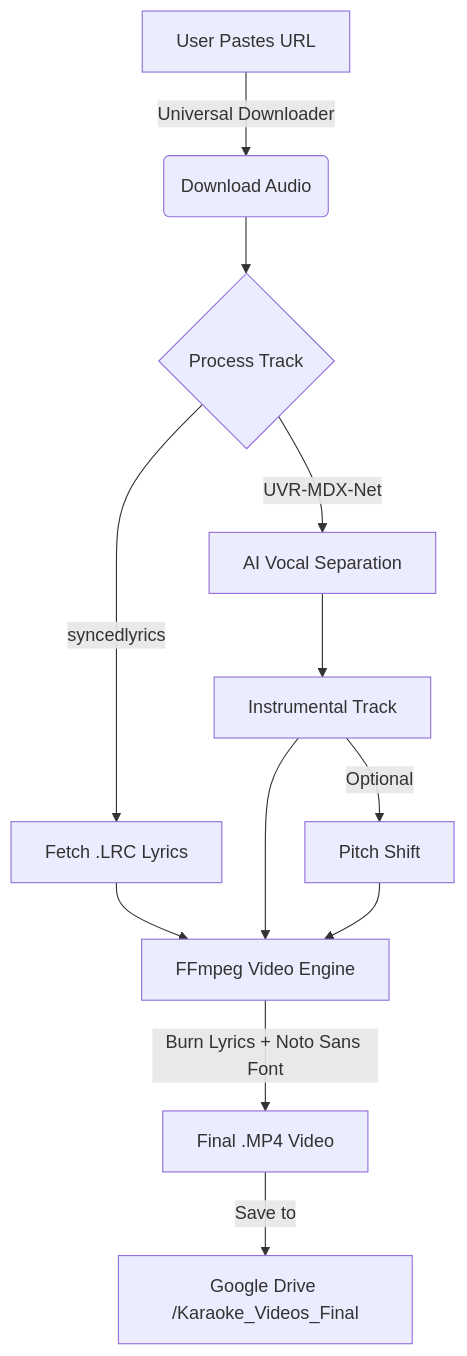
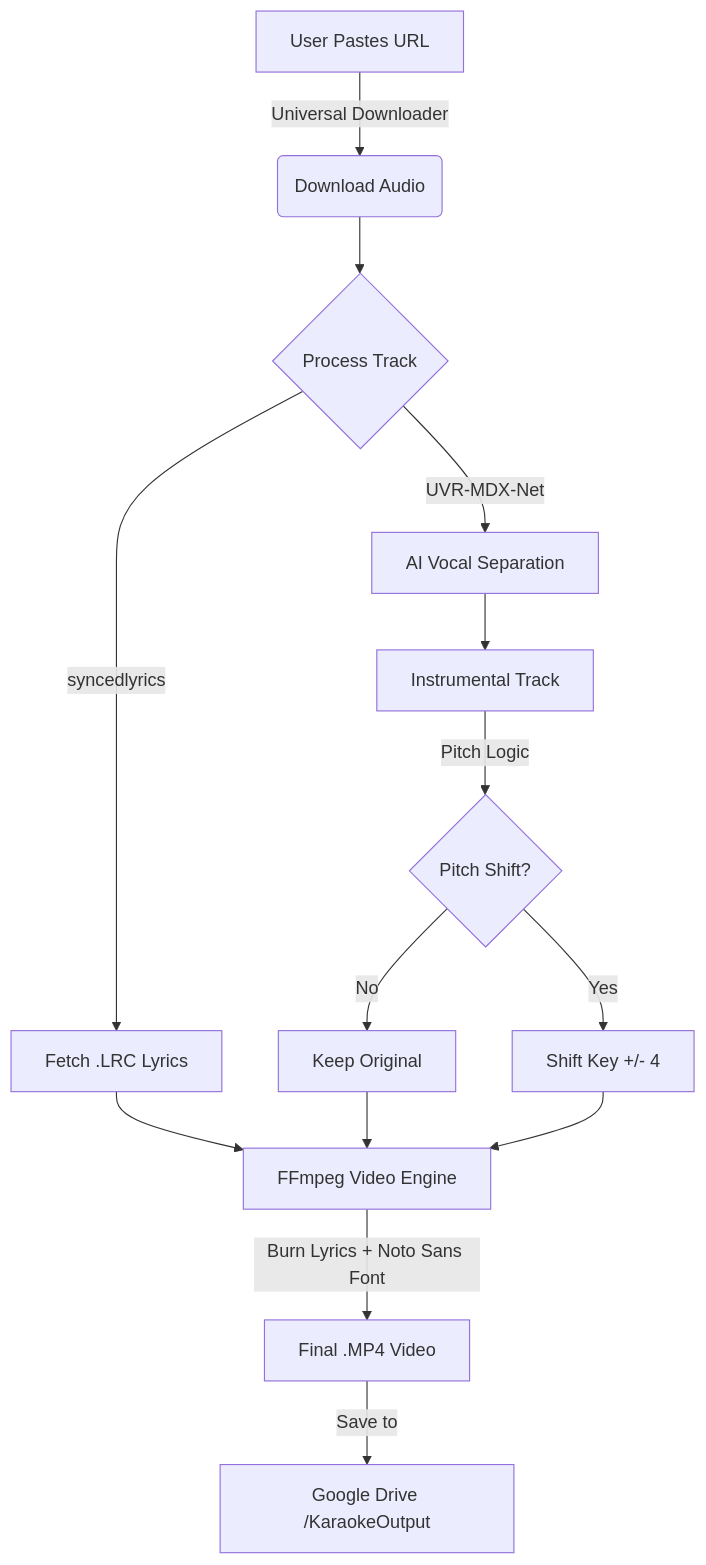
One commit to vg2601/Karaoke-Cloud changed the diagram in README.md. Above: the diagram before and after it, drawn with Mermaid. The commit also changed other lines of this file and 3 other files, not shown here.

````diff
--- a/README.md
+++ b/README.md
@@ -41,21 +87,23 @@
 ```mermaid
 graph TD
     %% Input Stage
     A[User Pastes URL] -->|Universal Downloader| B(Download Audio)
     B --> C{Process Track}
     
     %% AI Processing
     C -->|syncedlyrics| D[Fetch .LRC Lyrics]
     C -->|UVR-MDX-Net| E[AI Vocal Separation]
     
     %% Audio Output
     E --> F[Instrumental Track]
-    F -->|Optional| G[Pitch Shift]
+    F -->|Pitch Logic| G{Pitch Shift?}
+    G -->|Yes| H[Shift Key +/- 4]
+    G -->|No| I[Keep Original]
     
     %% Video Generation
-    D & F & G --> H[FFmpeg Video Engine]
-    H -->|Burn Lyrics + Noto Sans Font| I[Final .MP4 Video]
+    D & I & H --> J[FFmpeg Video Engine]
+    J -->|Burn Lyrics + Noto Sans Font| K[Final .MP4 Video]
     
     %% Storage
-    I -->|Save to| J[Google Drive /Karaoke_Videos_Final]
+    K -->|Save to| L[Google Drive /KaraokeOutput]
 ```
````
